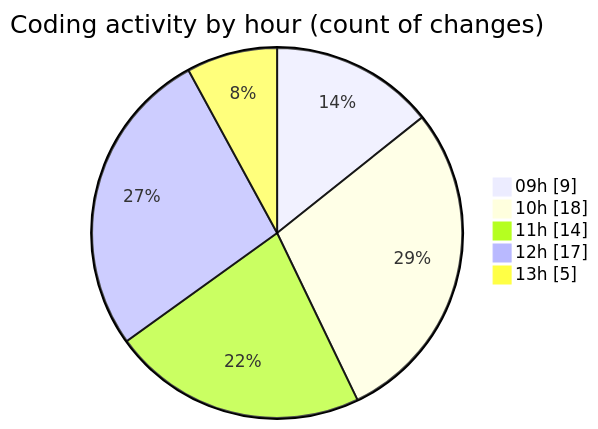
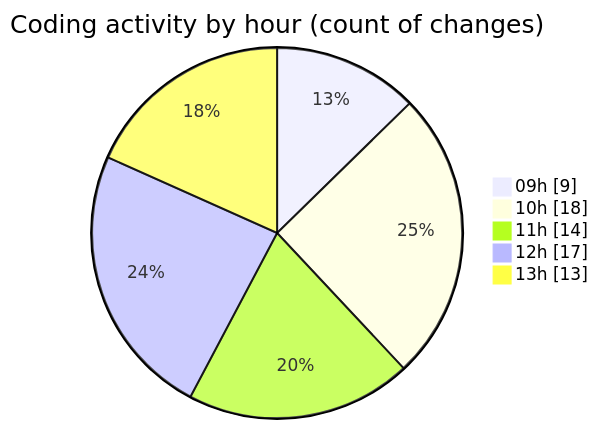
Before and after one commit to momahboobian/code-tracking: the second of 2 diagrams in 2025-03-24/cda/README.md, drawn with Mermaid. The commit also changed other lines of this file and 1 other file, not shown here.

````diff
--- a/2025-03-24/cda/README.md
+++ b/2025-03-24/cda/README.md
@@ -42,9 +43,9 @@
 ```mermaid
 pie showData
 title Coding activity by hour (count of changes)
 "09h" : 9
 "10h" : 18
 "11h" : 14
 "12h" : 17
-"13h" : 5
+"13h" : 13
 ```
````
